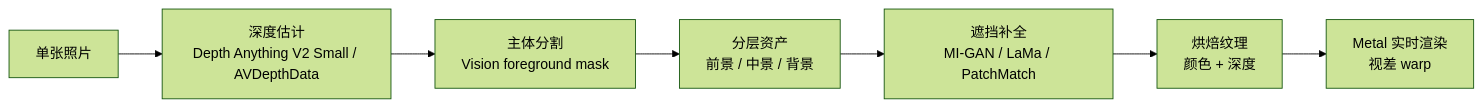
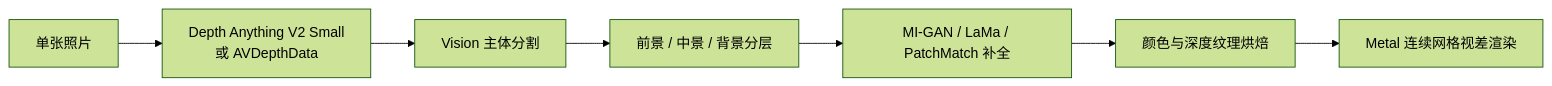
The second of 2 diagrams in README.md (LLLLLayer/arcus), drawn with Mermaid (forest theme) before and after one commit. The commit also changed other lines of this file and 25 other files, not shown here.

````diff
--- a/README.md
+++ b/README.md
@@ -26,9 +202,9 @@
 ```mermaid
 flowchart LR
-    A[单张照片] --> B[深度估计<br/>Depth Anything V2 Small / AVDepthData]
-    B --> C[主体分割<br/>Vision foreground mask]
-    C --> D[分层资产<br/>前景 / 中景 / 背景]
-    D --> E[遮挡补全<br/>MI-GAN / LaMa / PatchMatch]
-    E --> F[烘焙纹理<br/>颜色 + 深度]
-    F --> G[Metal 实时渲染<br/>视差 warp]
+    A[单张照片] --> B[Depth Anything V2 Small<br/>或 AVDepthData]
+    B --> C[Vision 主体分割]
+    C --> D[前景 / 中景 / 背景分层]
+    D --> E[MI-GAN / LaMa / PatchMatch 补全]
+    E --> F[颜色与深度纹理烘焙]
+    F --> G[Metal 连续网格视差渲染]
 ```
````
